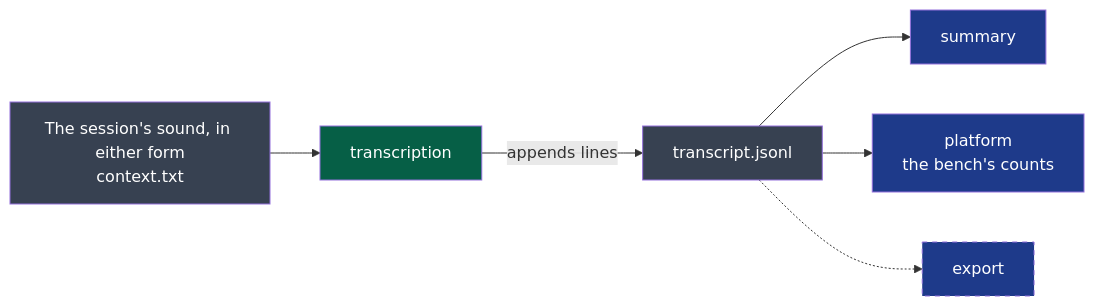
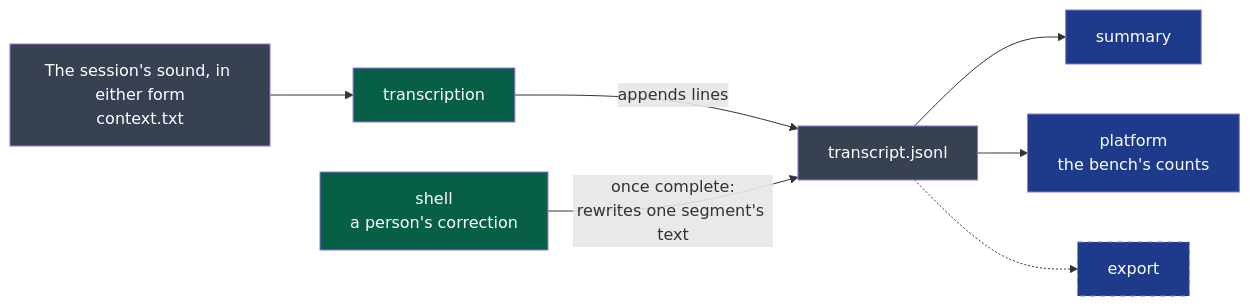
The diagram in contracts/transcript/v1/README.md (NapkinStack/wholeheard), drawn with Mermaid before and after one commit. The commit also changed other lines of this file and 1 other file, not shown here.

First line of the commit message:
contracts: transcript/v1 — a segment's text corrected by a person once the transcript is complete, `edited` when (ADR-0014)

````diff
--- a/contracts/transcript/v1/README.md
+++ b/contracts/transcript/v1/README.md
@@ -6,13 +7,14 @@
 ```mermaid
 flowchart LR
     A["The session's sound, in either form<br/>context.txt"]:::file --> T["transcription"]:::producer
     T -->|"appends lines"| J["transcript.jsonl"]:::file
+    H["shell<br/>a person's correction"]:::producer -->|"once complete:<br/>rewrites one segment's text"| J
     J --> S["summary"]:::consumer
     J --> B["platform<br/>the bench's counts"]:::consumer
     J -.-> E["export"]:::planned
 
     classDef producer fill:#065f46,color:#fff
     classDef consumer fill:#1e3a8a,color:#fff
     classDef file fill:#374151,color:#fff
     classDef planned fill:#1e3a8a,color:#fff,stroke-dasharray: 5 5
 ```
````
